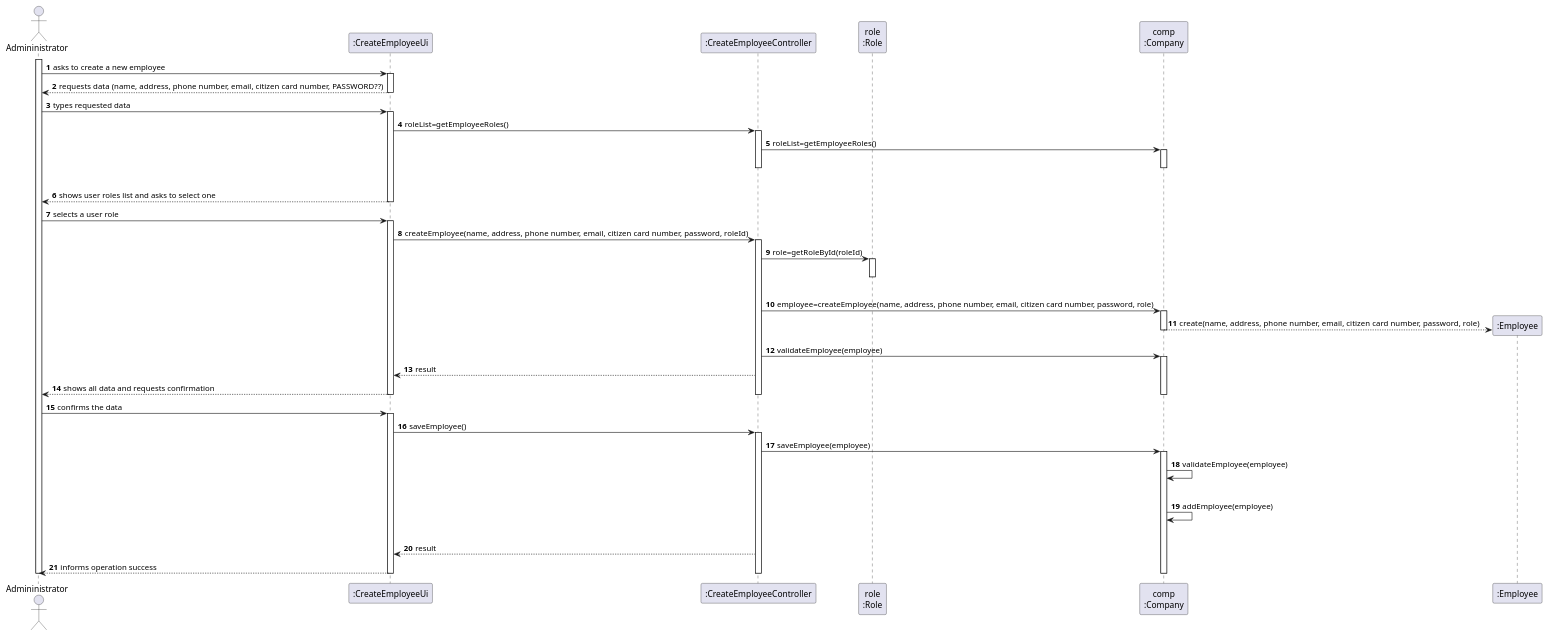
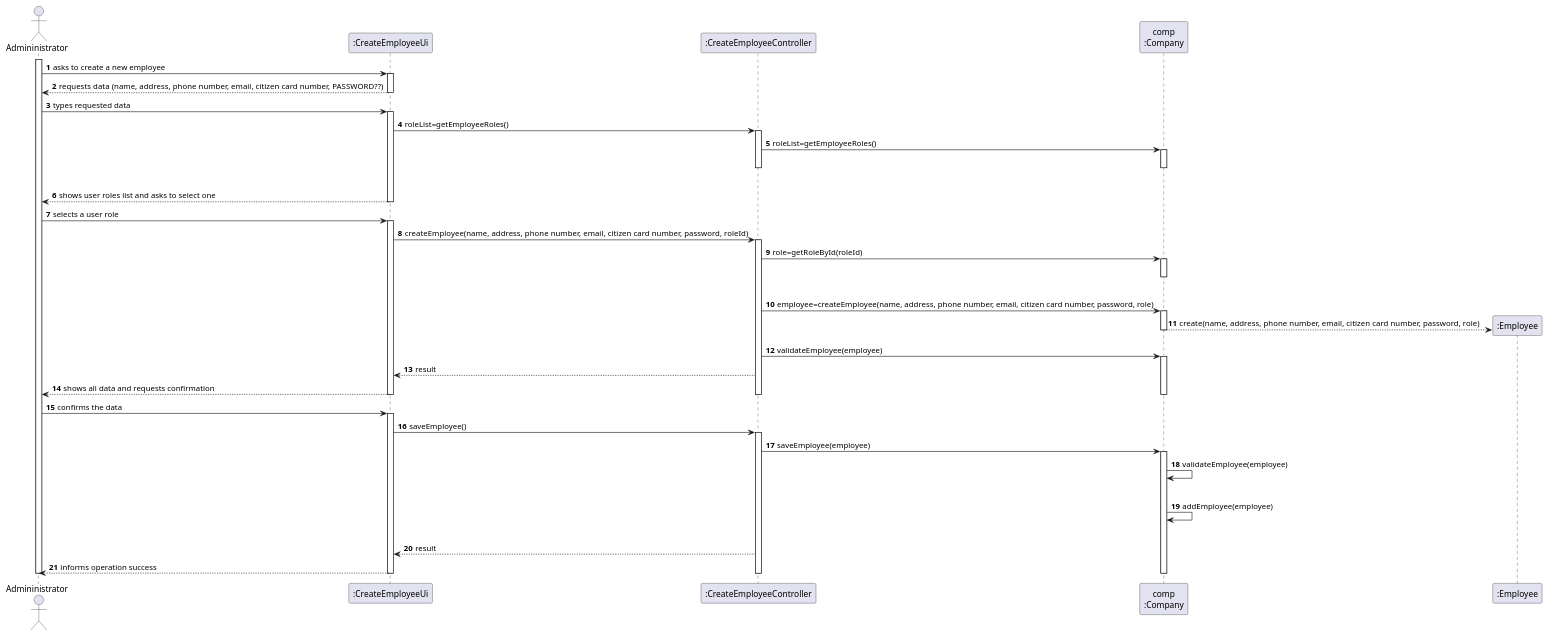
Before and after one commit to miseEnPlace-i/lapr2: the diagram in docs/SprintB/US10/SD/US10_SD.puml, drawn with PlantUML.

Commit message:
docs(us-10): updated sd: deleted role class

```diff
--- a/docs/SprintB/US10/SD/US10_SD.puml
+++ b/docs/SprintB/US10/SD/US10_SD.puml
@@ -1,80 +1,79 @@
 @startuml US10_SD
 autonumber
 ' hide footbox
 actor "Admininistrator" as admin
 
 participant ":CreateEmployeeUi" as empUi
 participant ":CreateEmployeeController" as empController
-participant "role\n:Role" as role
 participant "comp\n:Company" as comp
 participant ":Employee" as emp
 
 activate admin
 admin -> empUi : asks to create a new employee
 activate empUi
 empUi --> admin : requests data (name, address, phone number, email, citizen card number, PASSWORD??)
 deactivate empUi
 
 admin -> empUi : types requested data
 activate empUi
 
 empUi -> empController : roleList=getEmployeeRoles()
 activate empController
 
 empController -> comp : roleList=getEmployeeRoles()
 activate comp
 |||
 deactivate comp
 deactivate empController
 
 empUi --> admin : shows user roles list and asks to select one
 deactivate empUi
 
 admin -> empUi : selects a user role
 activate empUi
 
 empUi -> empController : createEmployee(name, address, phone number, email, citizen card number, password, roleId)
 activate empController
 
-empController -> role : role=getRoleById(roleId)
-activate role
+empController -> comp : role=getRoleById(roleId)
+activate comp
 |||
-deactivate role
+deactivate comp
 
 empController -> comp: employee=createEmployee(name, address, phone number, email, citizen card number, password, role)
 activate comp
 
 comp --> emp**: create(name, address, phone number, email, citizen card number, password, role)
 deactivate comp
 empController -> comp: validateEmployee(employee)
 
 activate comp
 empController --> empUi: result
 empUi --> admin: shows all data and requests confirmation
 deactivate comp
 deactivate empController
 deactivate empUi
 
 admin -> empUi : confirms the data
 activate empUi
 empUi -> empController : saveEmployee()
 activate empController
 
 empController -> comp : saveEmployee(employee)
 activate comp
 
 comp -> comp: validateEmployee(employee)
 |||
 comp -> comp: addEmployee(employee)
 |||
 
 empController --> empUi: result
 
 empUi --> admin : informs operation success
 deactivate comp
 deactivate empController
 deactivate empUi
 
 deactivate admin
 
 @enduml
```
